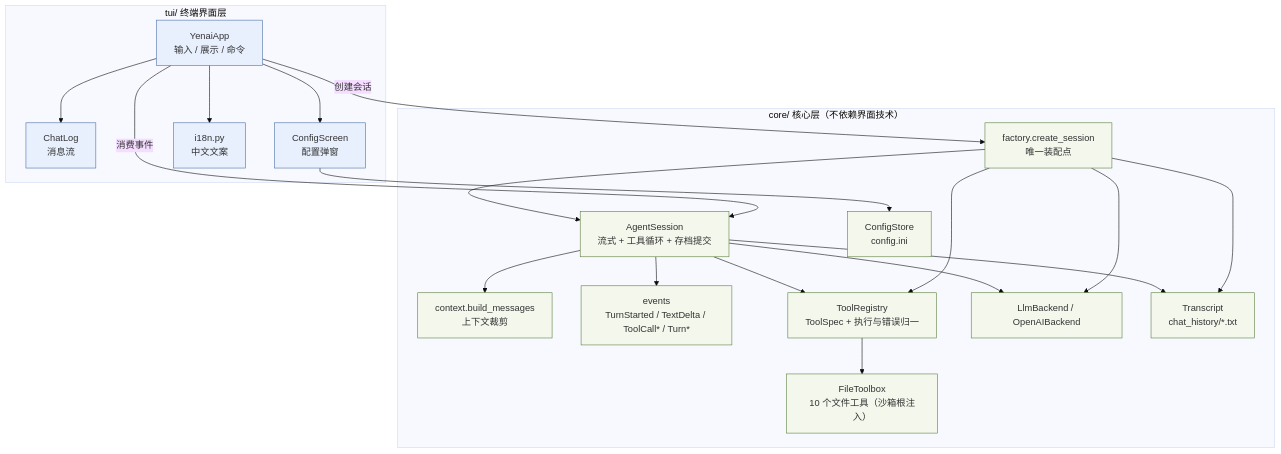
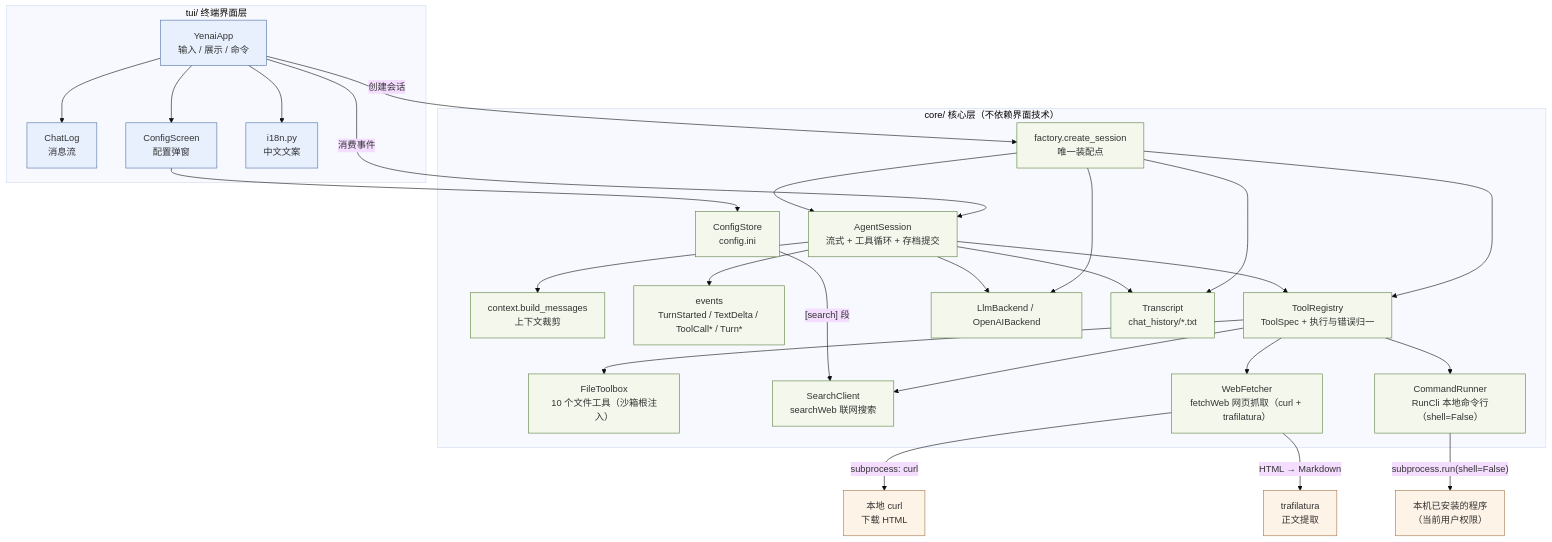
One commit to yenaipaim/Classwork changed the diagram in Agent/YenaiAgent/architecture.mmd. Above: the diagram before and after it, drawn with Mermaid (base theme). The commit also changed 21 other files, not shown here.

```diff
--- a/Agent/YenaiAgent/architecture.mmd
+++ b/Agent/YenaiAgent/architecture.mmd
@@ -1,41 +1,53 @@
 flowchart TD
     subgraph TUI["tui/ 终端界面层"]
         APP["YenaiApp<br/>输入 / 展示 / 命令"]
         CHAT["ChatLog<br/>消息流"]
         CONFIG["ConfigScreen<br/>配置弹窗"]
         I18N["i18n.py<br/>中文文案"]
     end
 
     subgraph CORE["core/ 核心层（不依赖界面技术）"]
         FACTORY["factory.create_session<br/>唯一装配点"]
         SESSION["AgentSession<br/>流式 + 工具循环 + 存档提交"]
         CONTEXT["context.build_messages<br/>上下文裁剪"]
         EVENTS["events<br/>TurnStarted / TextDelta / ToolCall* / Turn*"]
         REGISTRY["ToolRegistry<br/>ToolSpec + 执行与错误归一"]
         FILES["FileToolbox<br/>10 个文件工具（沙箱根注入）"]
+        SEARCH["SearchClient<br/>searchWeb 联网搜索"]
+        FETCH["WebFetcher<br/>fetchWeb 网页抓取（curl + trafilatura）"]
+        CLI["CommandRunner<br/>RunCli 本地命令行（shell=False）"]
         BACKEND["LlmBackend / OpenAIBackend"]
         TRANSCRIPT["Transcript<br/>chat_history/*.txt"]
         CONFIGSTORE["ConfigStore<br/>config.ini"]
     end
 
     APP -->|"创建会话"| FACTORY
     APP -->|"消费事件"| SESSION
     APP --> CHAT
     APP --> CONFIG
     APP --> I18N
     CONFIG --> CONFIGSTORE
     FACTORY --> SESSION
     FACTORY --> BACKEND
     FACTORY --> REGISTRY
     FACTORY --> TRANSCRIPT
     SESSION --> CONTEXT
     SESSION --> EVENTS
     SESSION --> REGISTRY
     SESSION --> BACKEND
     SESSION --> TRANSCRIPT
     REGISTRY --> FILES
+    REGISTRY --> SEARCH
+    REGISTRY --> FETCH
+    REGISTRY --> CLI
+    CONFIGSTORE -->|"[search] 段"| SEARCH
+    FETCH -->|"subprocess: curl"| CURL["本地 curl<br/>下载 HTML"]
+    FETCH -->|"HTML → Markdown"| TRAFILATURA["trafilatura<br/>正文提取"]
+    CLI -->|"subprocess.run(shell=False)"| PROGRAMS["本机已安装的程序<br/>（当前用户权限）"]
 
     classDef ui fill:#e8f0fe,stroke:#4a6fa5;
     classDef core fill:#f3f7ec,stroke:#5b7f3a;
+    classDef ext fill:#fdf3e7,stroke:#a5754a;
     class APP,CHAT,CONFIG,I18N ui;
-    class FACTORY,SESSION,CONTEXT,EVENTS,REGISTRY,FILES,BACKEND,TRANSCRIPT,CONFIGSTORE core;
+    class FACTORY,SESSION,CONTEXT,EVENTS,REGISTRY,FILES,SEARCH,FETCH,CLI,BACKEND,TRANSCRIPT,CONFIGSTORE core;
+    class CURL,TRAFILATURA,PROGRAMS ext;
```
